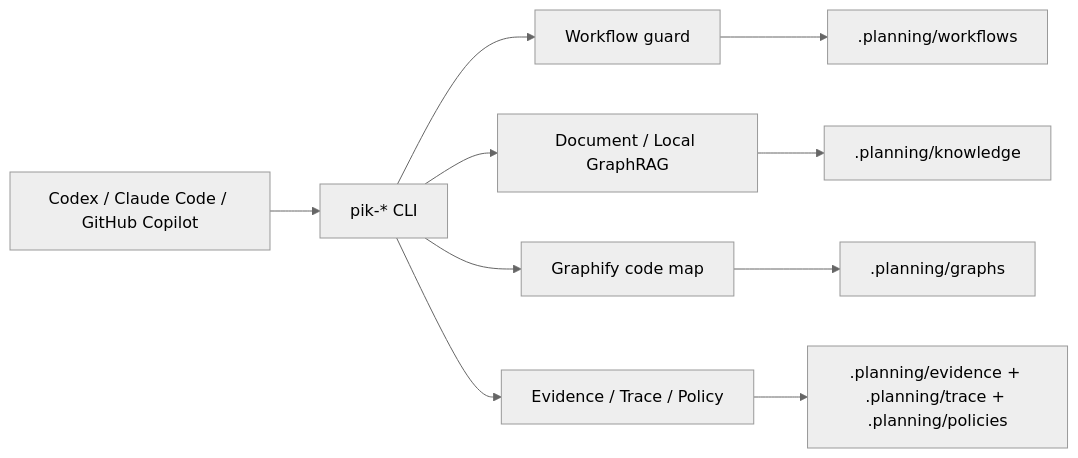
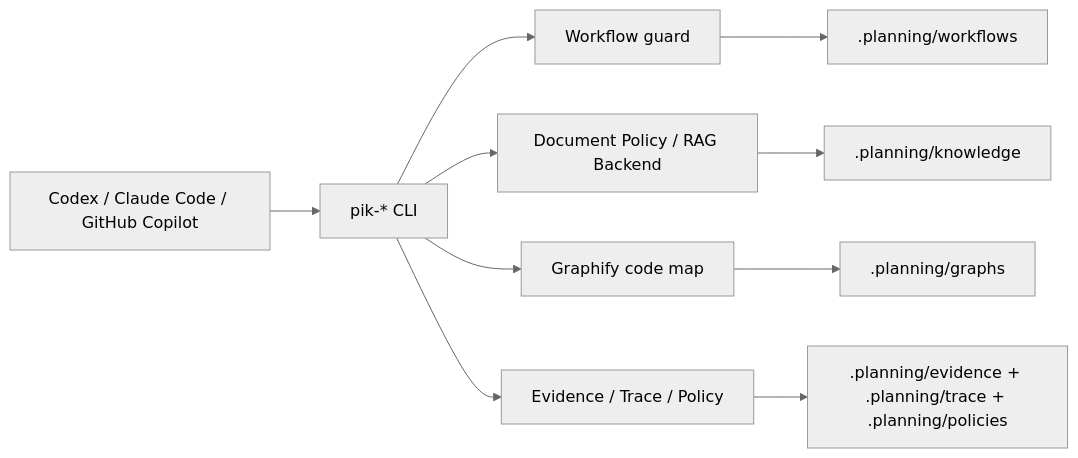
One commit to FrigidCrow/Zhulong-Project-Intelligence-Kit changed the first of 3 diagrams in docs/architecture.md. Above: the diagram before and after it, drawn with Mermaid (neutral theme). The commit also changed other lines of this file and 21 other files, not shown here.

````diff
--- a/docs/architecture.md
+++ b/docs/architecture.md
@@ -5,12 +5,12 @@
 ```mermaid
 flowchart LR
   R["Codex / Claude Code / GitHub Copilot"] --> C["pik-* CLI"]
   C --> W["Workflow guard"]
-  C --> K["Document / Local GraphRAG"]
+  C --> K["Document Policy / RAG Backend"]
   C --> G["Graphify code map"]
   C --> E["Evidence / Trace / Policy"]
   W --> P[".planning/workflows"]
   K --> PK[".planning/knowledge"]
   G --> PG[".planning/graphs"]
   E --> PE[".planning/evidence + .planning/trace + .planning/policies"]
 ```
````
